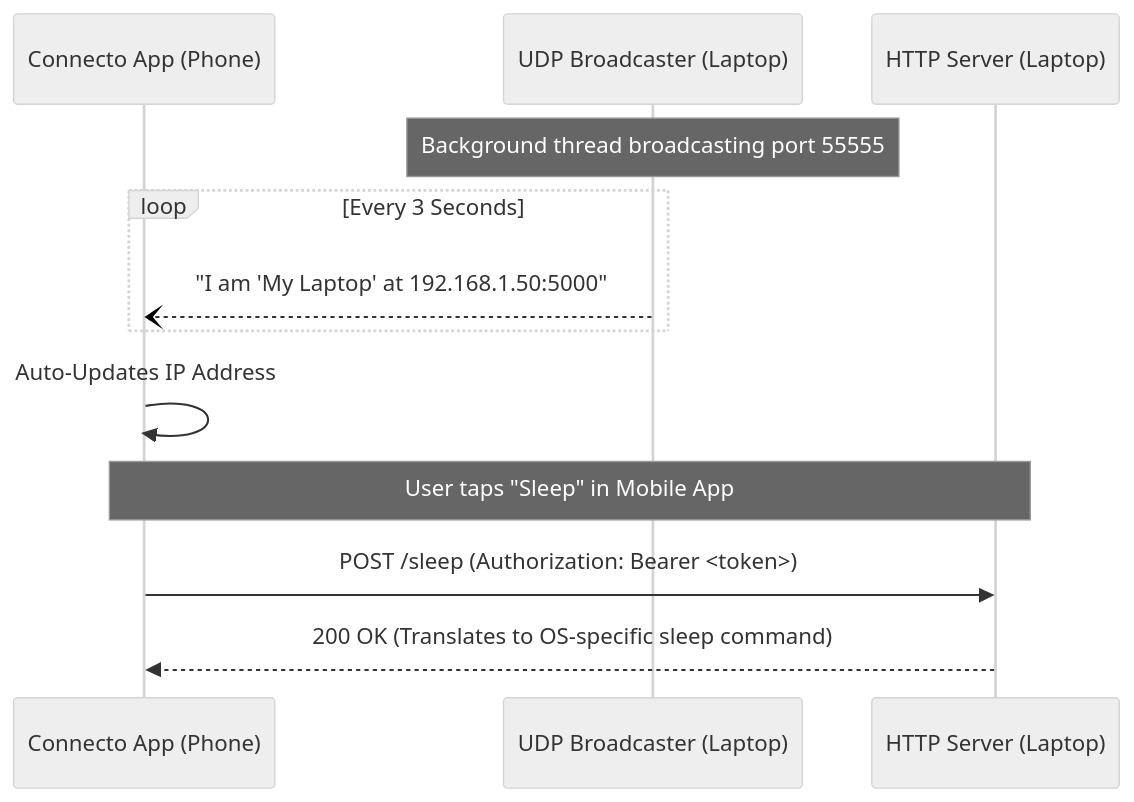
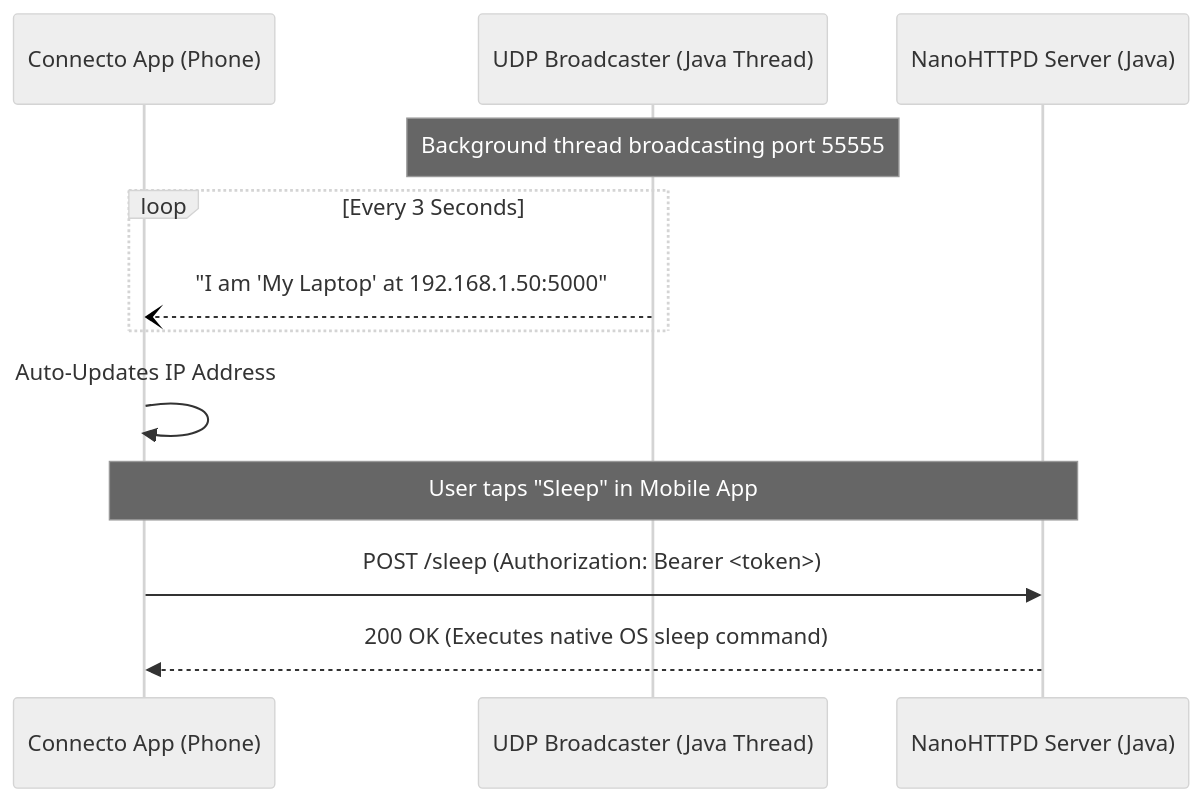
The diagram in README.md (RamXCat/Connecto), drawn with Mermaid (neutral theme) before and after one commit. The commit also changed other lines of this file and 320 other files, not shown here.

````diff
--- a/README.md
+++ b/README.md
@@ -43,17 +42,17 @@
 ```mermaid
 sequenceDiagram
     participant App as Connecto App (Phone)
-    participant UDP as UDP Broadcaster (Laptop)
-    participant Flask as HTTP Server (Laptop)
+    participant UDP as UDP Broadcaster (Java Thread)
+    participant Server as NanoHTTPD Server (Java)
     
     Note over UDP: Background thread broadcasting port 55555
     loop Every 3 Seconds
         UDP--)App: "I am 'My Laptop' at 192.168.1.50:5000"
     end
     
     App->>App: Auto-Updates IP Address
     
-    Note over App,Flask: User taps "Sleep" in Mobile App
-    App->>Flask: POST /sleep (Authorization: Bearer <token>)
-    Flask-->>App: 200 OK (Translates to OS-specific sleep command)
+    Note over App,Server: User taps "Sleep" in Mobile App
+    App->>Server: POST /sleep (Authorization: Bearer <token>)
+    Server-->>App: 200 OK (Executes native OS sleep command)
 ```
````
